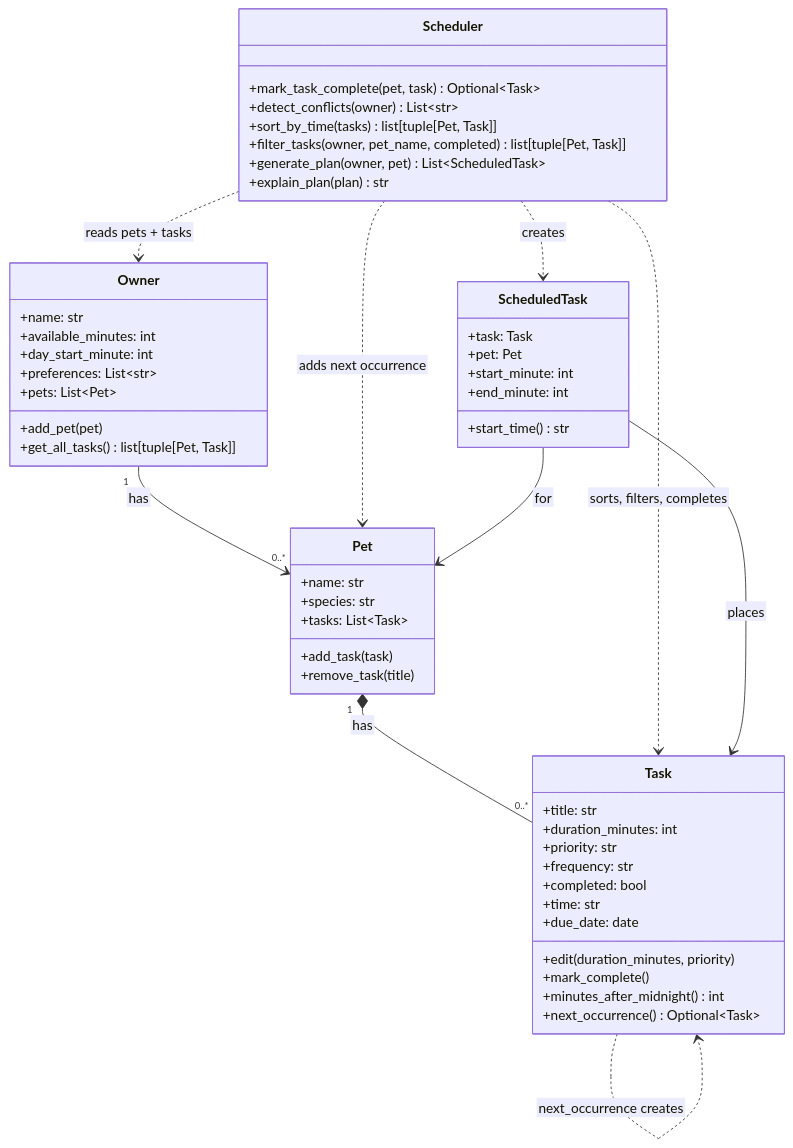
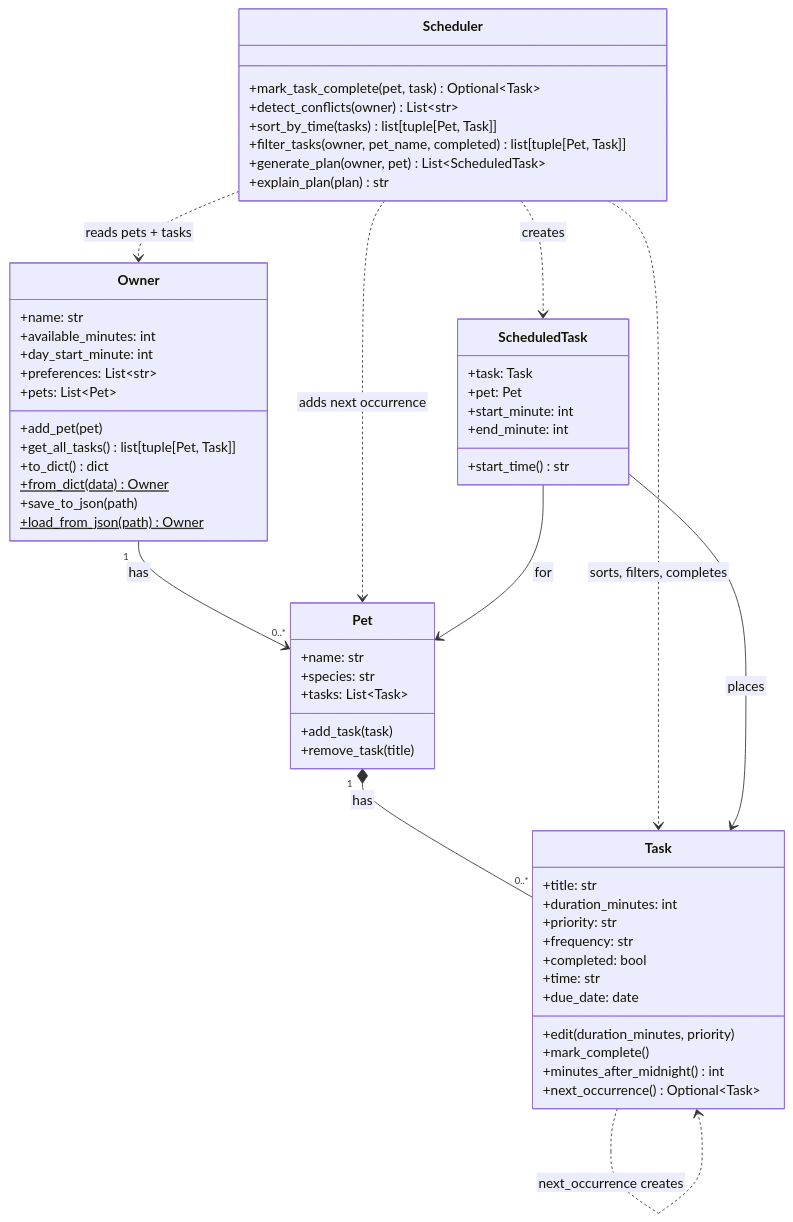
One commit to Adoniaskidane/ai110-module2show-pawpal-starter changed the diagram in diagrams/uml_final.mmd. Above: the diagram before and after it, drawn with Mermaid. The commit also changed 5 other files, not shown here.

```diff
--- a/diagrams/uml_final.mmd
+++ b/diagrams/uml_final.mmd
@@ -1,65 +1,69 @@
 ---
 config:
   htmlLabels: false
 ---
 classDiagram
     direction TB
 
     class Owner {
         +name: str
         +available_minutes: int
         +day_start_minute: int
         +preferences: List~str~
         +pets: List~Pet~
         +add_pet(pet)
         +get_all_tasks() list[tuple[Pet, Task]]
+        +to_dict() dict
+        +from_dict(data)$ Owner
+        +save_to_json(path)
+        +load_from_json(path)$ Owner
     }
 
     class Pet {
         +name: str
         +species: str
         +tasks: List~Task~
         +add_task(task)
         +remove_task(title)
     }
 
     class Task {
         +title: str
         +duration_minutes: int
         +priority: str
         +frequency: str
         +completed: bool
         +time: str
         +due_date: date
         +edit(duration_minutes, priority)
         +mark_complete()
         +minutes_after_midnight() int
         +next_occurrence() Optional~Task~
     }
 
     class ScheduledTask {
         +task: Task
         +pet: Pet
         +start_minute: int
         +end_minute: int
         +start_time() str
     }
 
     class Scheduler {
         +mark_task_complete(pet, task) Optional~Task~
         +detect_conflicts(owner) List~str~
         +sort_by_time(tasks) list[tuple[Pet, Task]]
         +filter_tasks(owner, pet_name, completed) list[tuple[Pet, Task]]
         +generate_plan(owner, pet) List~ScheduledTask~
         +explain_plan(plan) str
     }
 
     Owner "1" --> "0..*" Pet : has
     Pet "1" *-- "0..*" Task : has
     Task ..> Task : next_occurrence creates
     Scheduler ..> Owner : reads pets + tasks
     Scheduler ..> Pet : adds next occurrence
     Scheduler ..> Task : sorts, filters, completes
     Scheduler ..> ScheduledTask : creates
     ScheduledTask --> Task : places
     ScheduledTask --> Pet : for
```
